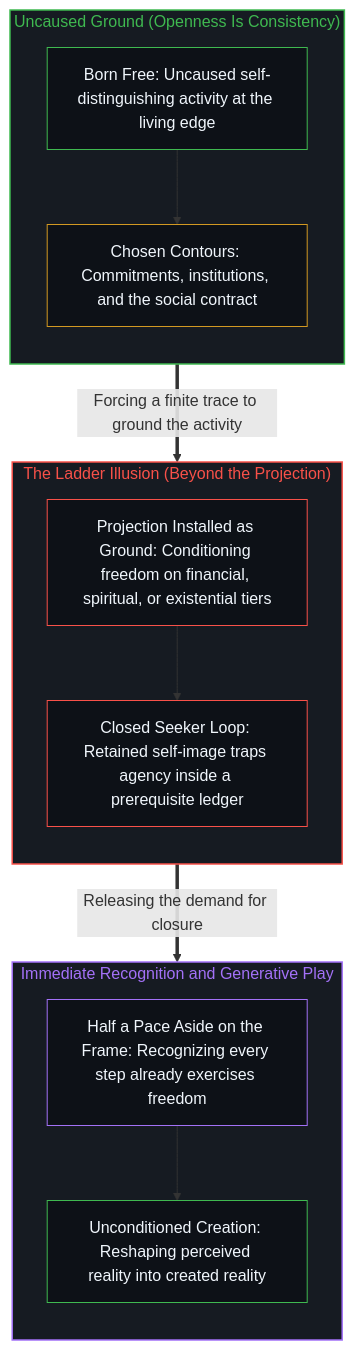
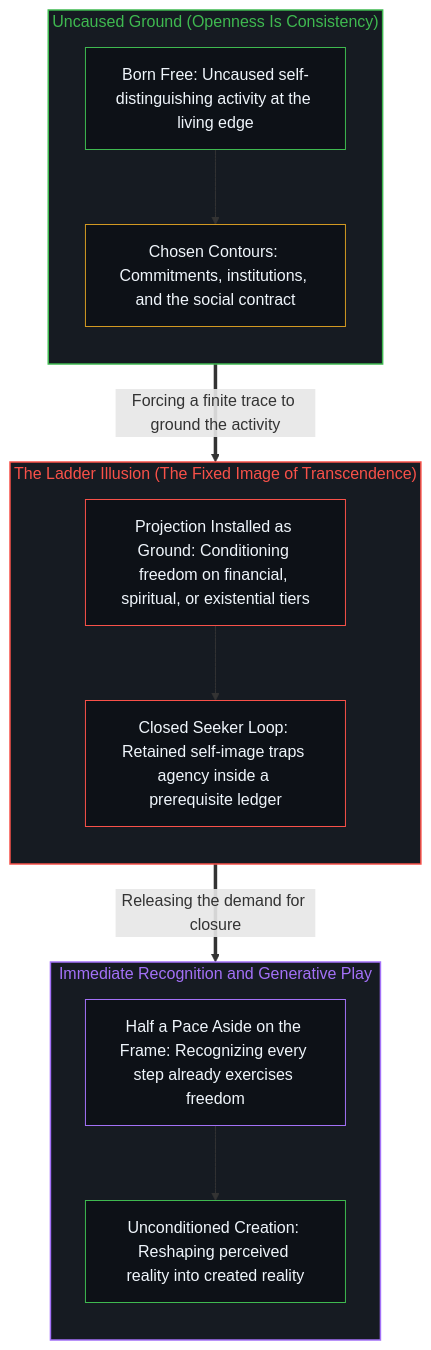
Before and after one commit to powerpig99/not-a-toe: the second of 2 diagrams in content/posts/freedom-as-ground.md, drawn with Mermaid. The commit also changed other lines of this file and 4 other files, not shown here.

````diff
--- a/content/posts/freedom-as-ground.md
+++ b/content/posts/freedom-as-ground.md
@@ -52,32 +52,32 @@
 ```mermaid
 flowchart TD
     subgraph S_Ground["Uncaused Ground (Openness Is Consistency)"]
         direction TB
         G_Act["Born Free: Uncaused self-distinguishing activity at the living edge"]
         G_Trace["Chosen Contours: Commitments, institutions, and the social contract"]
         G_Act --> G_Trace
     end
-    subgraph S_Closure["The Ladder Illusion (Beyond the Projection)"]
+    subgraph S_Closure["The Ladder Illusion (The Fixed Image of Transcendence)"]
         direction TB
         C_Invert["Projection Installed as Ground: Conditioning freedom on financial, spiritual, or existential tiers"]
         C_Loop["Closed Seeker Loop: Retained self-image traps agency inside a prerequisite ledger"]
         C_Invert --> C_Loop
     end
     subgraph S_Recognition["Immediate Recognition and Generative Play"]
         direction TB
         R_Drop["Half a Pace Aside on the Frame: Recognizing every step already exercises freedom"]
         R_Play["Unconditioned Creation: Reshaping perceived reality into created reality"]
         R_Drop --> R_Play
     end
     G_Trace ==>|"Forcing a finite trace to ground the activity"| C_Invert
     C_Loop ==>|"Releasing the demand for closure"| R_Drop
     style S_Ground fill:#161b22,stroke:#3fb950,stroke-width:1.5px,color:#3fb950
     style S_Closure fill:#161b22,stroke:#f85149,stroke-width:1.5px,color:#f85149
     style S_Recognition fill:#161b22,stroke:#a371f7,stroke-width:1.5px,color:#a371f7
     style G_Act fill:#0d1117,stroke:#3fb950,stroke-width:1px,color:#f0f6fc
     style G_Trace fill:#0d1117,stroke:#d29922,stroke-width:1px,color:#f0f6fc
     style C_Invert fill:#0d1117,stroke:#f85149,stroke-width:1px,color:#f0f6fc
     style C_Loop fill:#0d1117,stroke:#f85149,stroke-width:1px,color:#f0f6fc
     style R_Drop fill:#0d1117,stroke:#a371f7,stroke-width:1px,color:#f0f6fc
     style R_Play fill:#0d1117,stroke:#3fb950,stroke-width:1px,color:#f0f6fc
 ```
````
